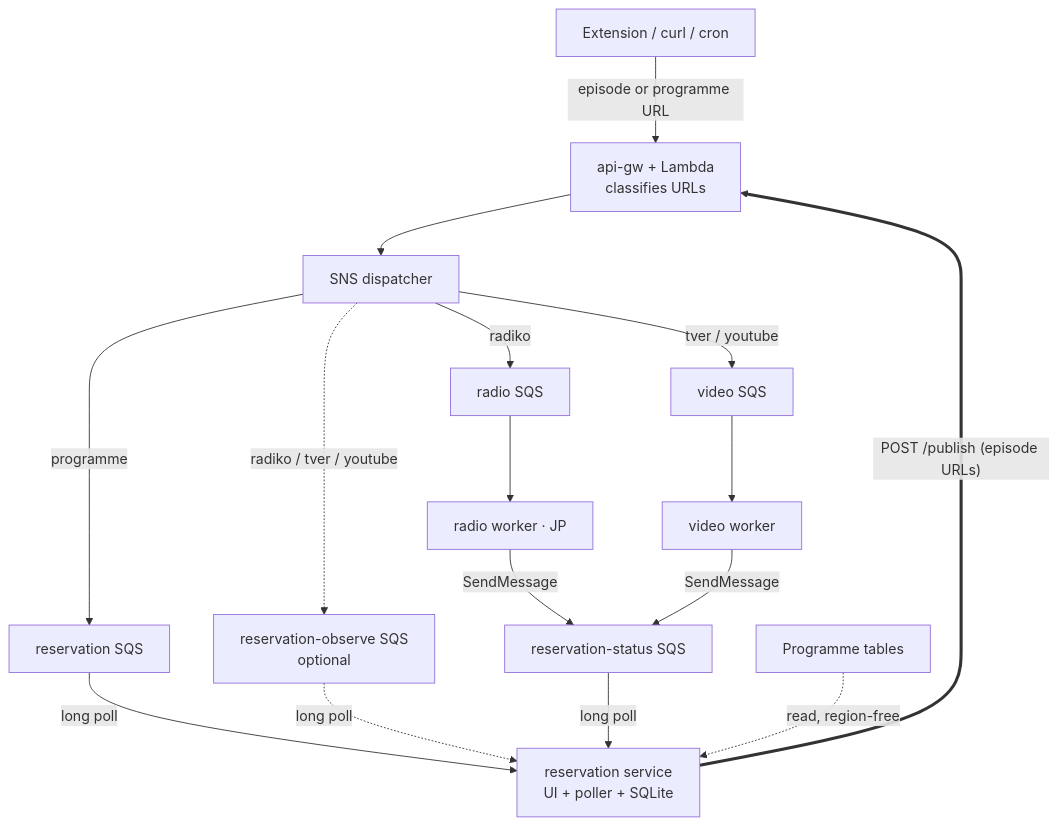
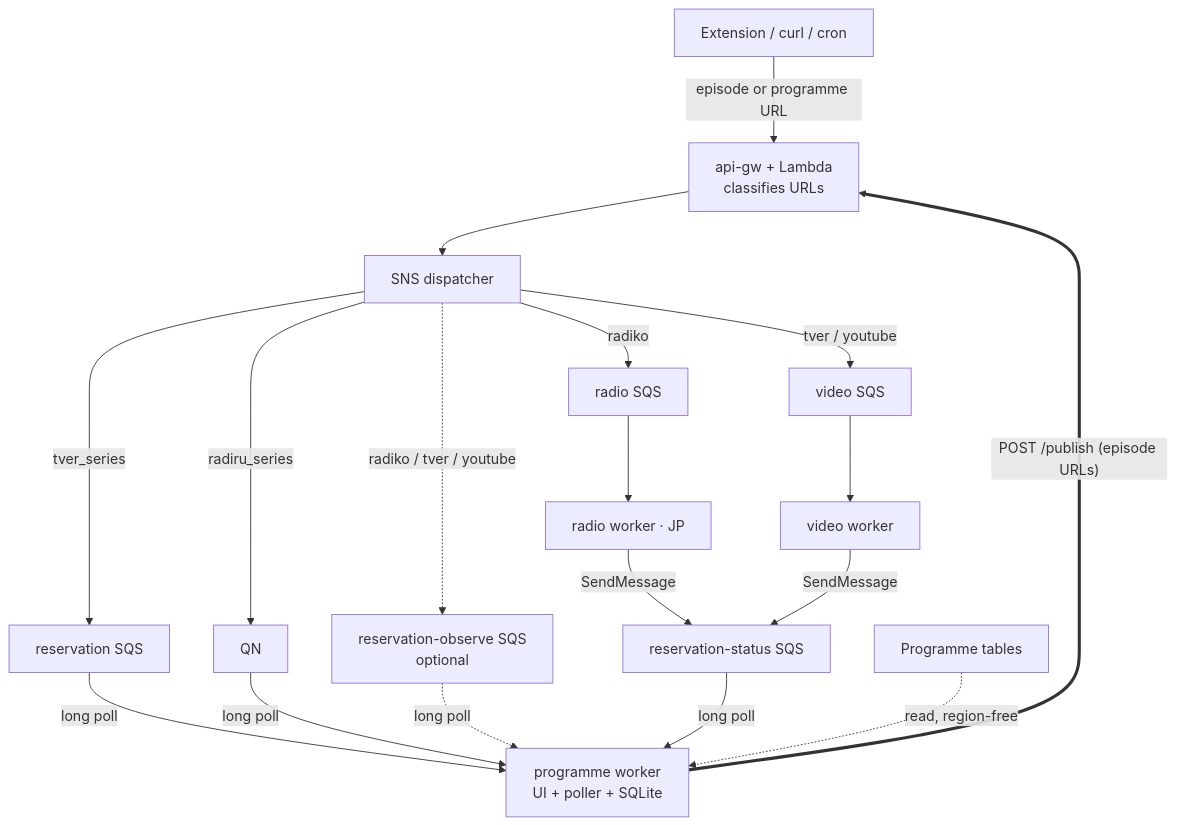
The diagram in docs/RESERVATION_DESIGN.md (khirata/media-downloader), drawn with Mermaid before and after one commit. The commit also changed other lines of this file, not shown here.

````diff
--- a/docs/RESERVATION_DESIGN.md
+++ b/docs/RESERVATION_DESIGN.md
@@ -468,30 +526,32 @@
 ```mermaid
 graph TD
     EXT["Extension / curl / cron"]
-    RES["reservation service<br/>UI + poller + SQLite"]
+    RES["programme worker<br/>UI + poller + SQLite"]
     API["api-gw + Lambda<br/>classifies URLs"]
     SNS["SNS dispatcher"]
     QR["radio SQS"]
     QV["video SQS"]
     QP["reservation SQS"]
     QO["reservation-observe SQS<br/>optional"]
     QS["reservation-status SQS"]
     W1["radio worker · JP"]
     W2["video worker"]
     CAT["Programme tables"]
 
     EXT -->|"episode or programme URL"| API
     API --> SNS
     SNS -->|"radiko"| QR
     SNS -->|"tver / youtube"| QV
-    SNS -->|"programme"| QP
+    SNS -->|"tver_series"| QP
+    SNS -->|"radiru_series"| QN
     SNS -.->|"radiko / tver / youtube"| QO
     QR --> W1
     QV --> W2
     QP -->|"long poll"| RES
+    QN -->|"long poll"| RES
     QO -.->|"long poll"| RES
     W1 & W2 -->|"SendMessage"| QS
     QS -->|"long poll"| RES
     CAT -.->|"read, region-free"| RES
     RES ==>|"POST /publish (episode URLs)"| API
 ```
````
